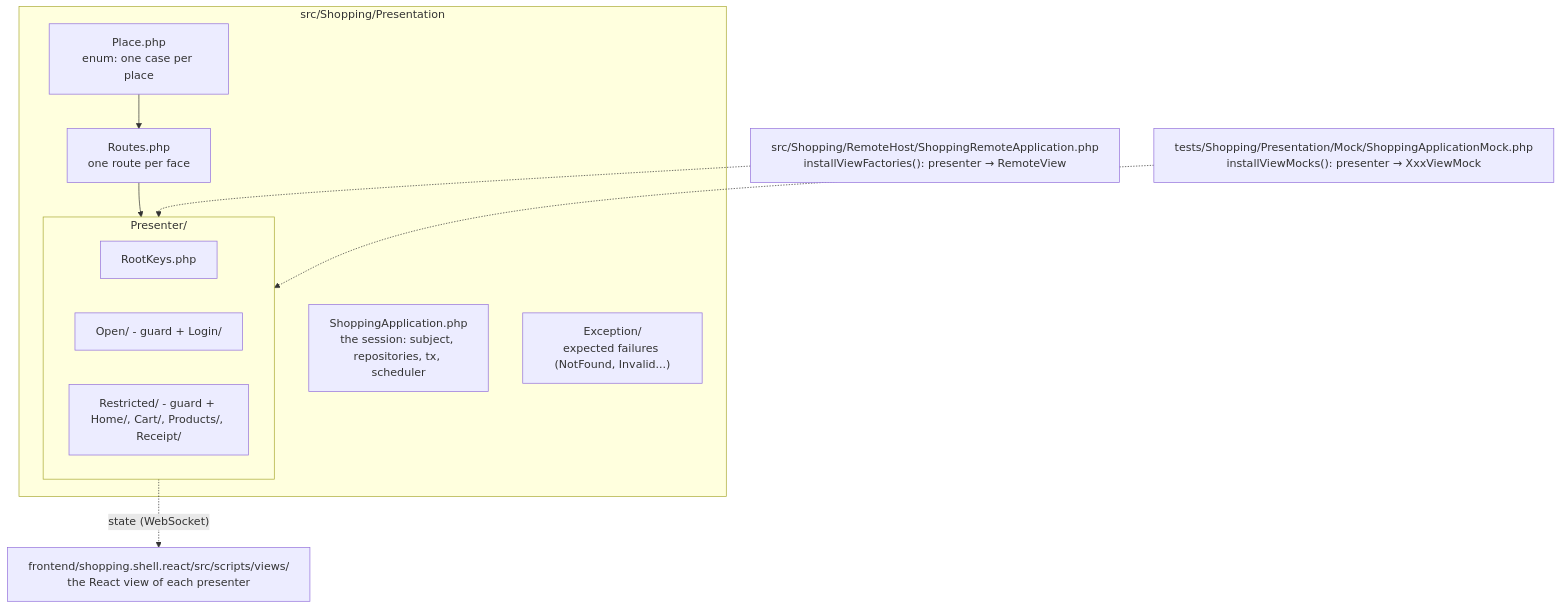
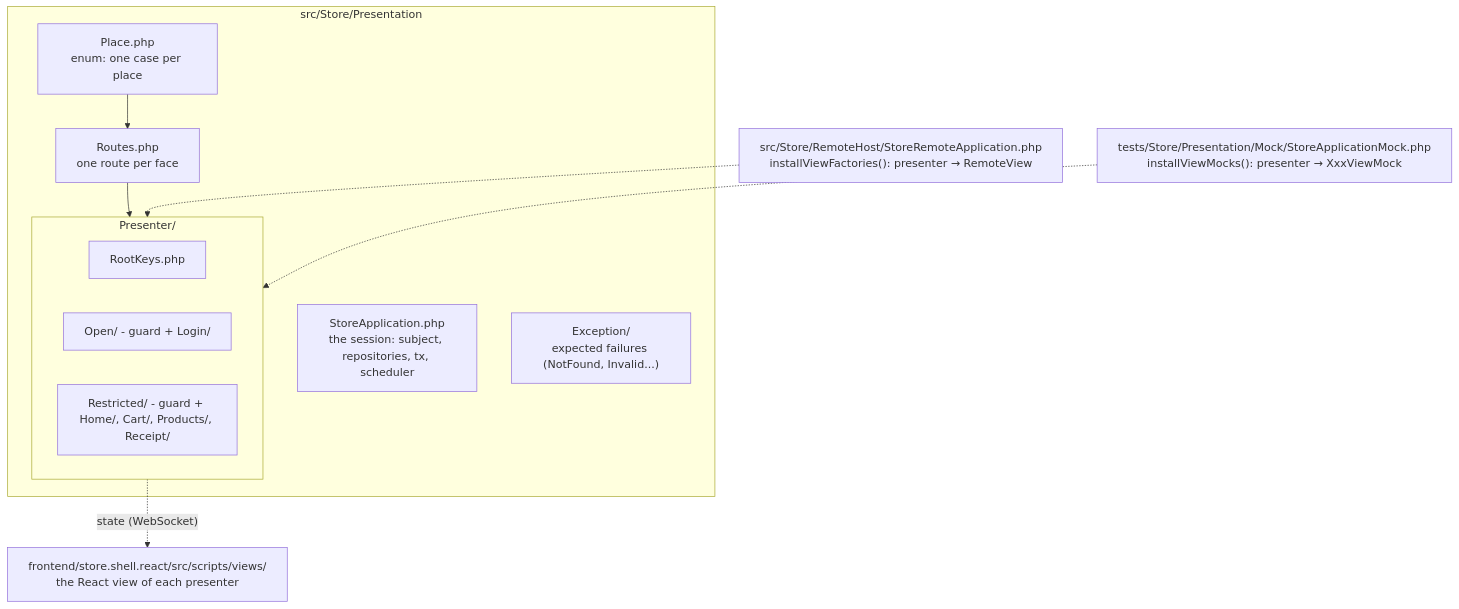
The first of 5 diagrams in docs/dev/presentation-module.md (mrcdom/wdc-cube-php), drawn with Mermaid before and after one commit. The commit also changed other lines of this file and 346 other files, not shown here.

First line of the commit message:
🚚 [RENAME] rename the demo application from Shopping to Store

````diff
--- a/docs/dev/presentation-module.md
+++ b/docs/dev/presentation-module.md
@@ -66,23 +66,23 @@
 ```mermaid
 flowchart TD
-    subgraph pres["src/Shopping/Presentation"]
+    subgraph pres["src/Store/Presentation"]
         place["Place.php<br/>enum: one case per place"]
         routes["Routes.php<br/>one route per face"]
-        app["ShoppingApplication.php<br/>the session: subject, repositories, tx, scheduler"]
+        app["StoreApplication.php<br/>the session: subject, repositories, tx, scheduler"]
         subgraph presenter["Presenter/"]
             rootk["RootKeys.php"]
             open["Open/ - guard + Login/"]
             restr["Restricted/ - guard + Home/, Cart/, Products/, Receipt/"]
         end
         exc["Exception/<br/>expected failures (NotFound, Invalid...)"]
     end
-    host["src/Shopping/RemoteHost/ShoppingRemoteApplication.php<br/>installViewFactories(): presenter → RemoteView"]
-    mock["tests/Shopping/Presentation/Mock/ShoppingApplicationMock.php<br/>installViewMocks(): presenter → XxxViewMock"]
-    react["frontend/shopping.shell.react/src/scripts/views/<br/>the React view of each presenter"]
+    host["src/Store/RemoteHost/StoreRemoteApplication.php<br/>installViewFactories(): presenter → RemoteView"]
+    mock["tests/Store/Presentation/Mock/StoreApplicationMock.php<br/>installViewMocks(): presenter → XxxViewMock"]
+    react["frontend/store.shell.react/src/scripts/views/<br/>the React view of each presenter"]
 
     place --> routes
     routes --> presenter
     host -.-> presenter
     mock -.-> presenter
     presenter -. "state (WebSocket)" .-> react
 ```
````
